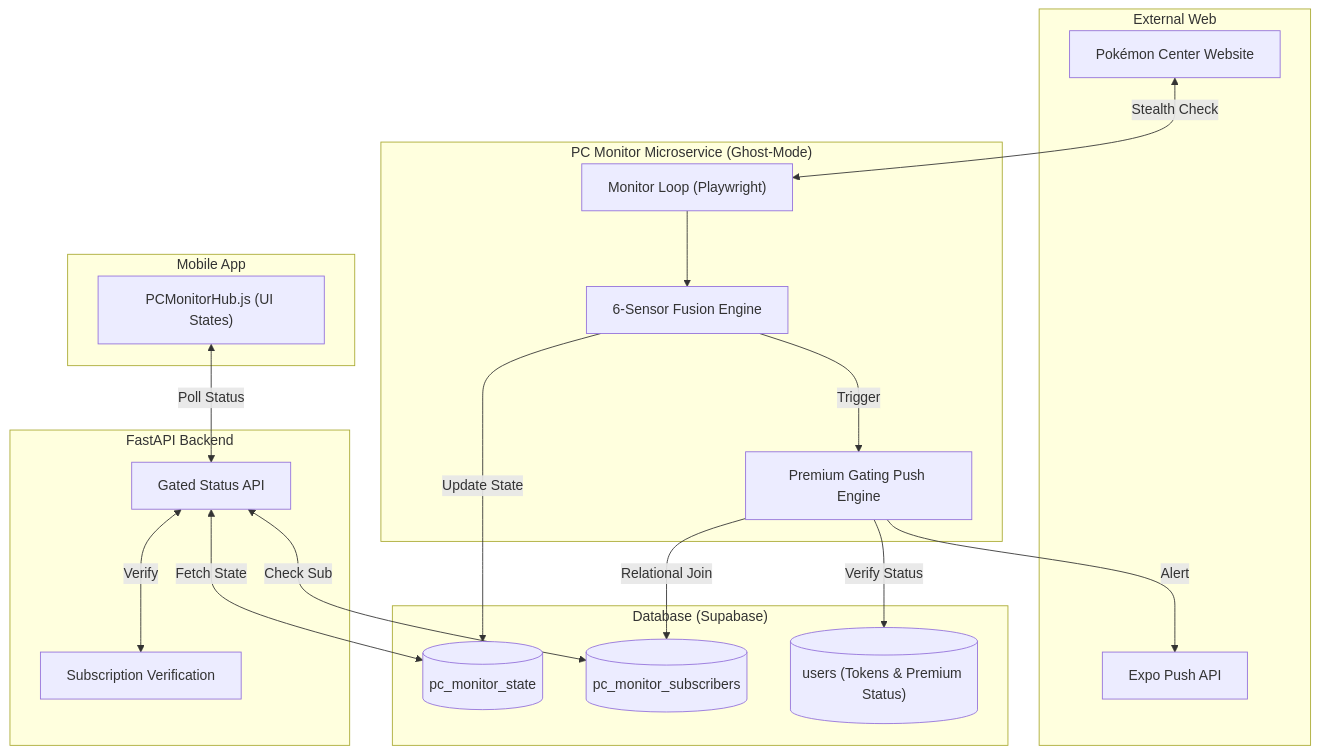
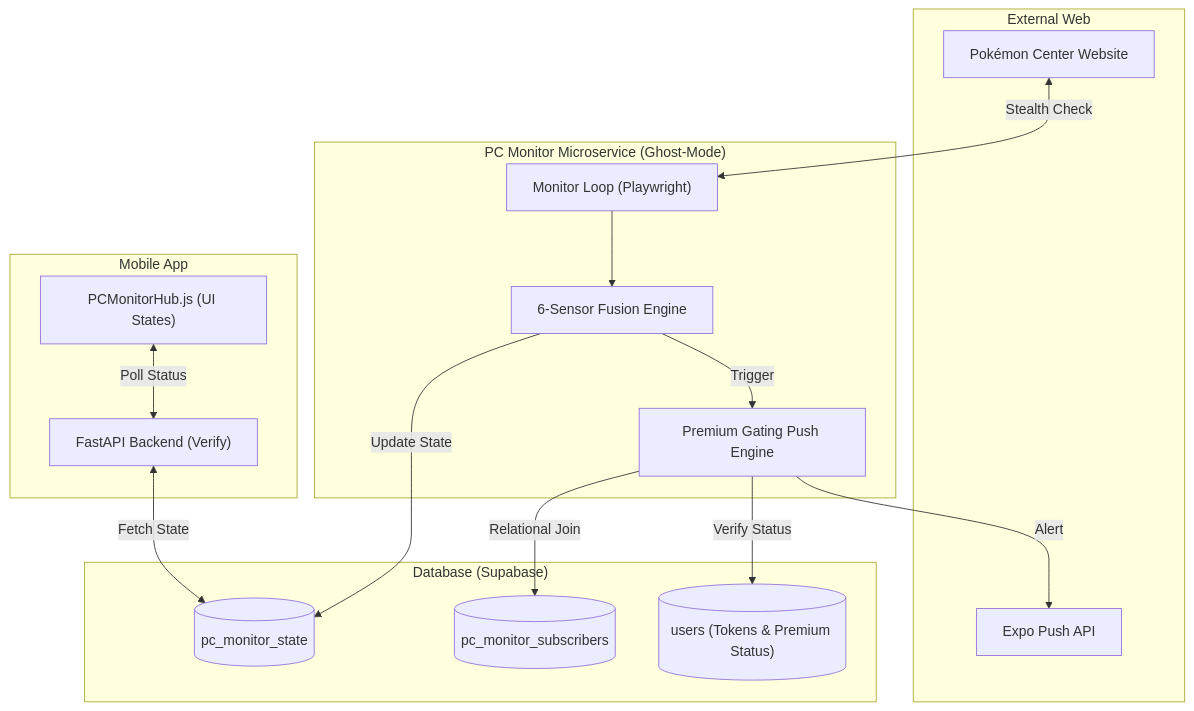
Before and after one commit to joshuatochinwachi/HollowScan-Mobile-App: the first of 2 diagrams in POKEMON_CENTER_MONITOR_ARCHITECTURE.md, drawn with Mermaid. The commit also changed other lines of this file and 2 other files, not shown here.

````diff
--- a/POKEMON_CENTER_MONITOR_ARCHITECTURE.md
+++ b/POKEMON_CENTER_MONITOR_ARCHITECTURE.md
@@ -12,41 +12,35 @@
 ```mermaid
 graph TD
     subgraph "External Web"
         PC["Pokémon Center Website"]
         EXPO["Expo Push API"]
     end
 
     subgraph "PC Monitor Microservice (Ghost-Mode)"
         MONITOR["Monitor Loop (Playwright)"]
         DETECTION["6-Sensor Fusion Engine"]
         PUSH["Premium Gating Push Engine"]
     end
 
     subgraph "Database (Supabase)"
         DB_STATE[("pc_monitor_state")]
         DB_SUB[("pc_monitor_subscribers")]
         DB_USER[("users (Tokens & Premium Status)")]
     end
 
-    subgraph "FastAPI Backend"
-        API["Gated Status API"]
-        AUTH["Subscription Verification"]
-    end
-
     subgraph "Mobile App"
         APP_UI["PCMonitorHub.js (UI States)"]
+        API["FastAPI Backend (Verify)"]
     end
 
     PC <-->|Stealth Check| MONITOR
     MONITOR --> DETECTION
     DETECTION -->|Update State| DB_STATE
     DETECTION -->|Trigger| PUSH
     PUSH -->|Relational Join| DB_SUB
     PUSH -->|Verify Status| DB_USER
     PUSH -->|Alert| EXPO
     
     APP_UI <-->|Poll Status| API
-    API <-->|Verify| AUTH
     API <-->|Fetch State| DB_STATE
-    API <-->|Check Sub| DB_SUB
 ```
````
